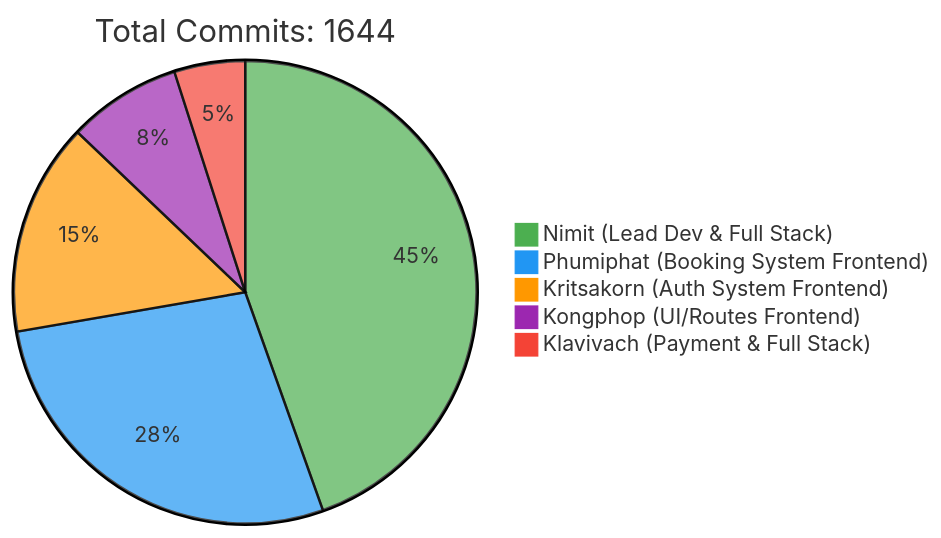
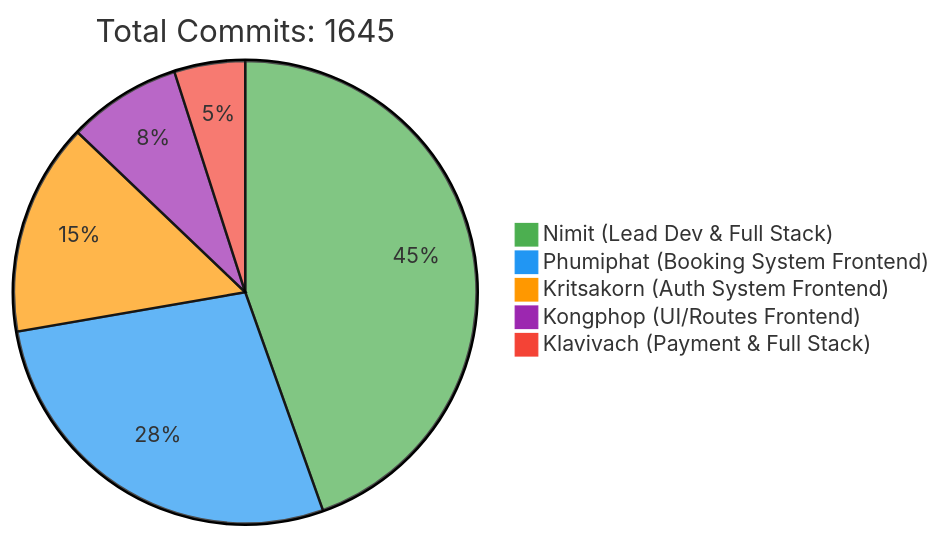
The first of 2 diagrams in README.md (6531503042/Sport-Complex), drawn with Mermaid before and after one commit. The commit also changed other lines of this file, not shown here.

Commit message:
docs: Update contributor statistics [skip ci]

````diff
--- a/README.md
+++ b/README.md
@@ -257,10 +257,10 @@
 ```mermaid
 %%{init: {'theme': 'base', 'themeVariables': { 'pie1': '#4CAF50', 'pie2': '#2196F3', 'pie3': '#FF9800', 'pie4': '#9C27B0', 'pie5': '#F44336'}}}%%
 pie
-    title Total Commits: 1644
+    title Total Commits: 1645
     "Nimit (Lead Dev & Full Stack)" : 450
     "Phumiphat (Booking System Frontend)" : 280
     "Kritsakorn (Auth System Frontend)" : 150
     "Kongphop (UI/Routes Frontend)" : 80
     "Klavivach (Payment & Full Stack)" : 50
 ```
````
